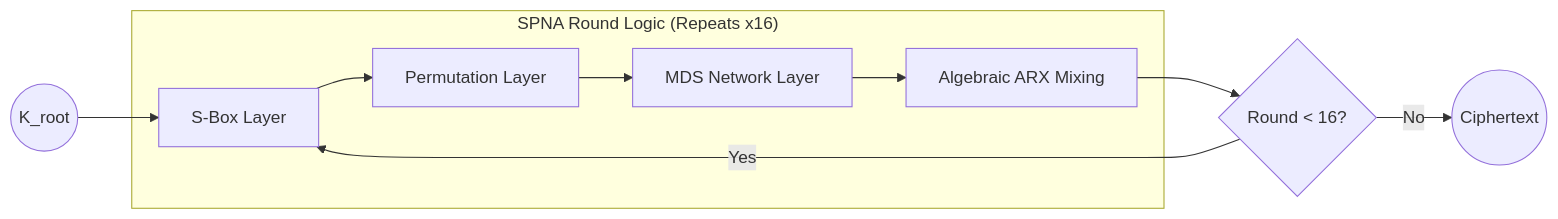
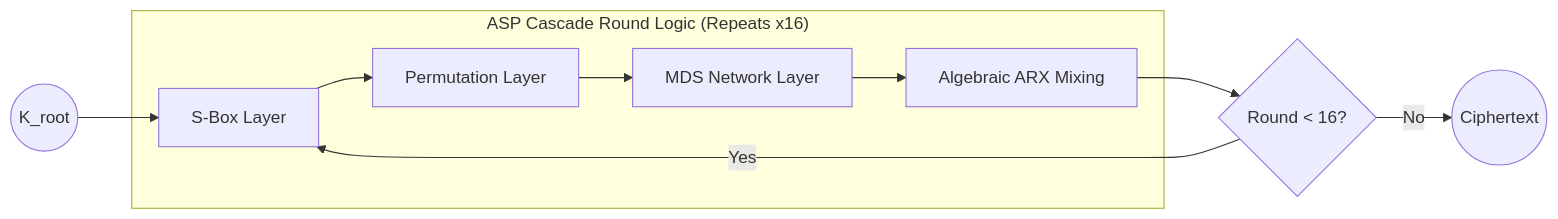
The third of 4 diagrams in d-asp/DASP_SYSTEM_FLOW.md (Kryklin/darkstar), drawn with Mermaid before and after one commit. The commit also changed other lines of this file and 15 other files, not shown here.

````diff
--- a/d-asp/DASP_SYSTEM_FLOW.md
+++ b/d-asp/DASP_SYSTEM_FLOW.md
@@ -59,13 +59,13 @@
 ```mermaid
 graph LR
-    subgraph "SPNA Round Logic (Repeats x16)"
+    subgraph "ASP Cascade Round Logic (Repeats x16)"
     S[S-Box Layer] --> P[Permutation Layer]
     P --> N[MDS Network Layer]
     N --> A[Algebraic ARX Mixing]
     end
     
     Start((K_root)) --> S
     A --> Loop{Round < 16?}
     Loop -- Yes --> S
     Loop -- No --> End((Ciphertext))
 ```
````
